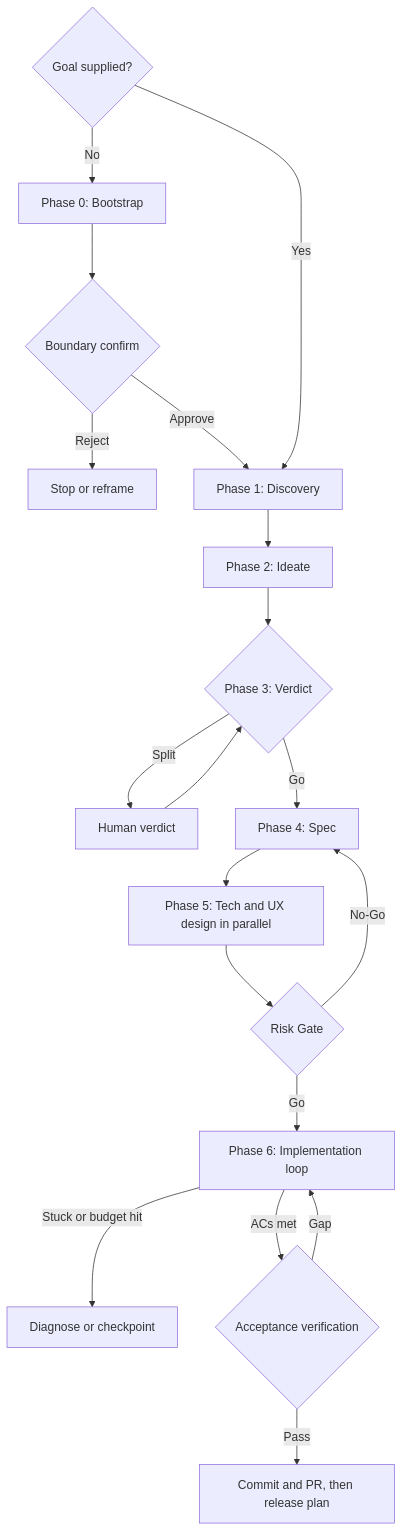
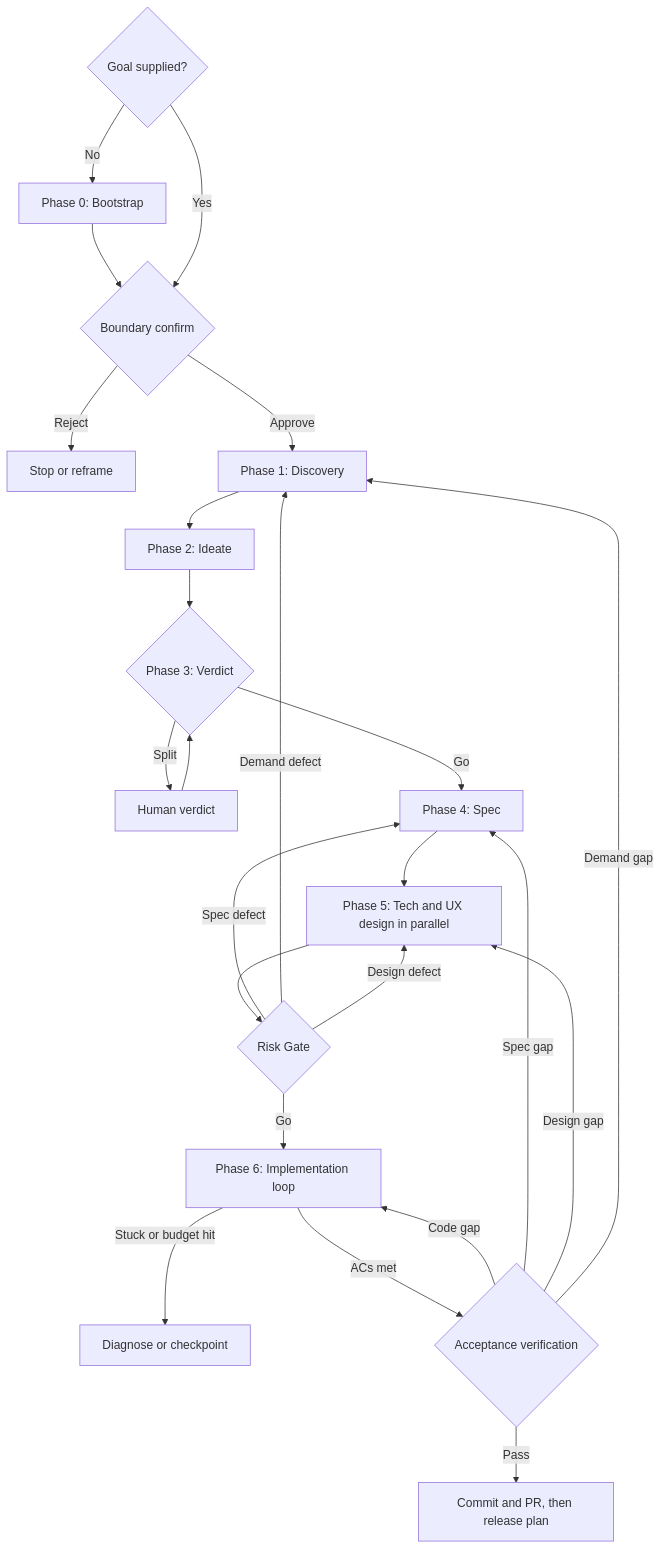
The diagram in skills/feature-lifecycle/reference/phase-contracts.md (simota/feature-lifecycle-skill), drawn with Mermaid before and after one commit. The commit also changed other lines of this file and 19 other files, not shown here.

````diff
--- a/skills/feature-lifecycle/reference/phase-contracts.md
+++ b/skills/feature-lifecycle/reference/phase-contracts.md
@@ -265,22 +263,28 @@
 ```mermaid
 flowchart TD
     INPUT{Goal supplied?}
     INPUT -->|No| P0[Phase 0: Bootstrap]
     P0 --> CONFIRM{Boundary confirm}
     CONFIRM -->|Reject| STOP[Stop or reframe]
     CONFIRM -->|Approve| P1
-    INPUT -->|Yes| P1[Phase 1: Discovery]
+    INPUT -->|Yes| CONFIRM
+    P1[Phase 1: Discovery]
     P1 --> P2[Phase 2: Ideate]
     P2 --> P3{Phase 3: Verdict}
     P3 -->|Split| REVIEW[Human verdict]
     REVIEW --> P3
     P3 -->|Go| P4[Phase 4: Spec]
     P4 --> P5[Phase 5: Tech and UX design in parallel]
     P5 --> RISK{Risk Gate}
-    RISK -->|No-Go| P4
+    RISK -->|Spec defect| P4
+    RISK -->|Demand defect| P1
+    RISK -->|Design defect| P5
     RISK -->|Go| P6[Phase 6: Implementation loop]
     P6 -->|Stuck or budget hit| ESCALATE[Diagnose or checkpoint]
     P6 -->|ACs met| VERIFY{Acceptance verification}
-    VERIFY -->|Gap| P6
+    VERIFY -->|Code gap| P6
+    VERIFY -->|Spec gap| P4
+    VERIFY -->|Design gap| P5
+    VERIFY -->|Demand gap| P1
     VERIFY -->|Pass| SHIP[Commit and PR, then release plan]
 ```
````
